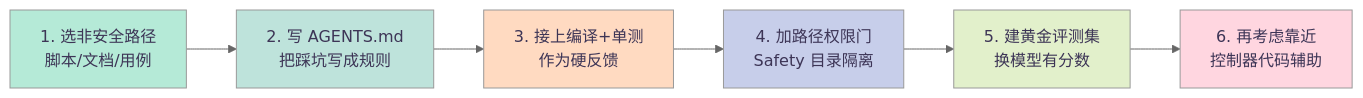
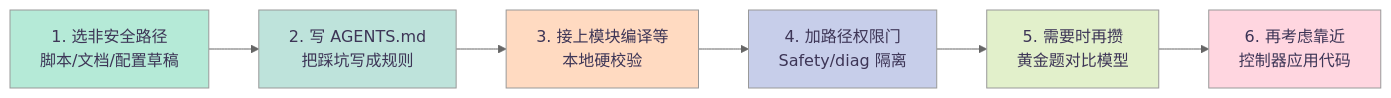
One commit to caoping0623/caoping0623.github.io changed the third of 3 diagrams in _posts/2026-07-30-ai-harness.md. Above: the diagram before and after it, drawn with Mermaid (neutral theme). The commit also changed other lines of this file, not shown here.

```diff
--- a/_posts/2026-07-30-ai-harness.md
+++ b/_posts/2026-07-30-ai-harness.md
@@ -476,15 +469,15 @@
 <div class="mermaid">
 graph LR
-    A["1. 选非安全路径<br/>脚本/文档/用例"] --> B["2. 写 AGENTS.md<br/>把踩坑写成规则"]
-    B --> C["3. 接上编译+单测<br/>作为硬反馈"]
-    C --> D["4. 加路径权限门<br/>Safety 目录隔离"]
-    D --> E["5. 建黄金评测集<br/>换模型有分数"]
-    E --> F["6. 再考虑靠近<br/>控制器代码辅助"]
+    A["1. 选非安全路径<br/>脚本/文档/配置草稿"] --> B["2. 写 AGENTS.md<br/>把踩坑写成规则"]
+    B --> C["3. 接上模块编译等<br/>本地硬校验"]
+    C --> D["4. 加路径权限门<br/>Safety/diag 隔离"]
+    D --> E["5. 需要时再攒<br/>黄金题对比模型"]
+    E --> F["6. 再考虑靠近<br/>控制器应用代码"]
 
     style A fill:#b5ead7,color:#3d3556
     style B fill:#bee3db,color:#3d3556
     style C fill:#ffdac1,color:#3d3556
     style D fill:#c7ceea,color:#3d3556
     style E fill:#e2f0cb,color:#3d3556
     style F fill:#ffd6e0,color:#3d3556
 </div>
```
